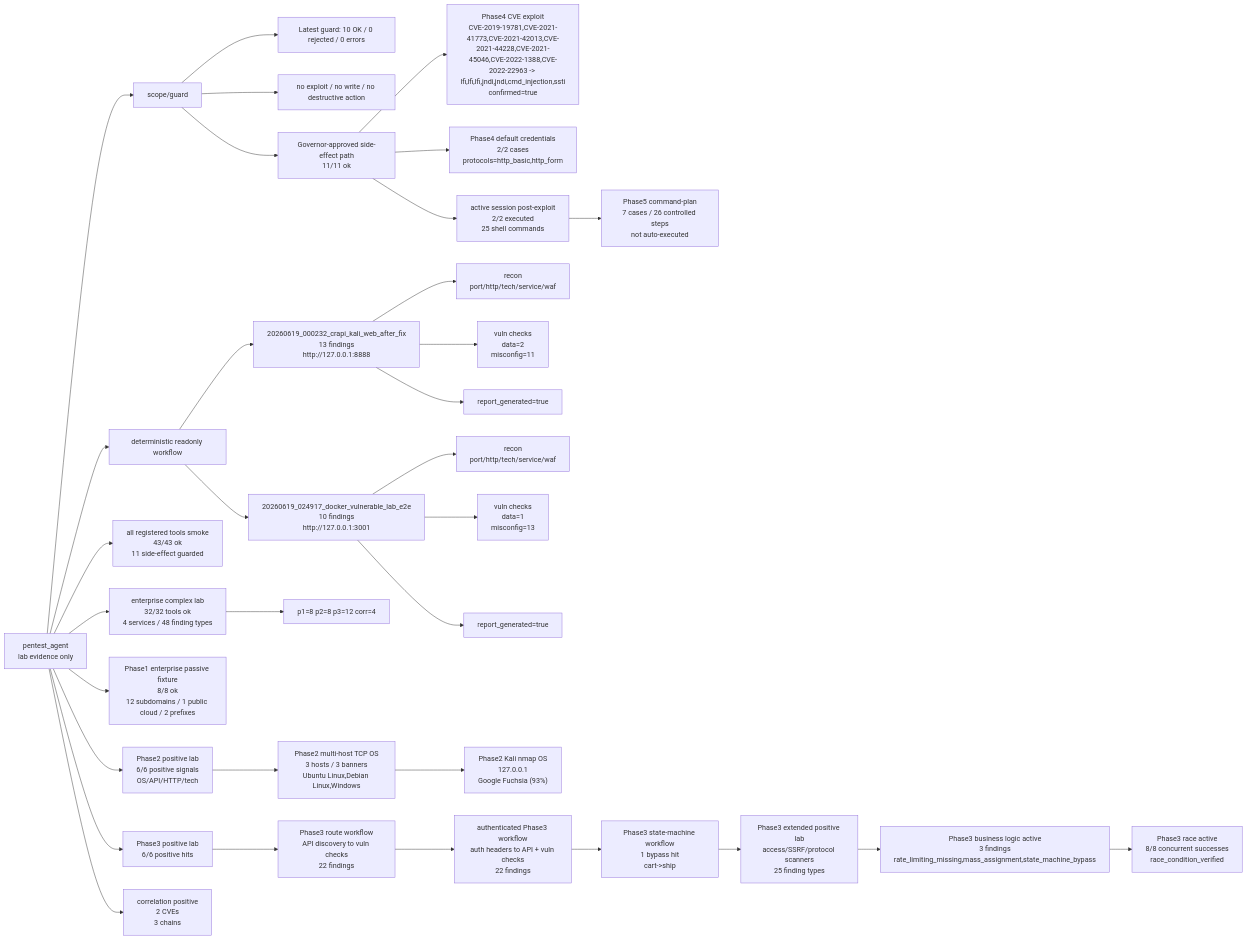
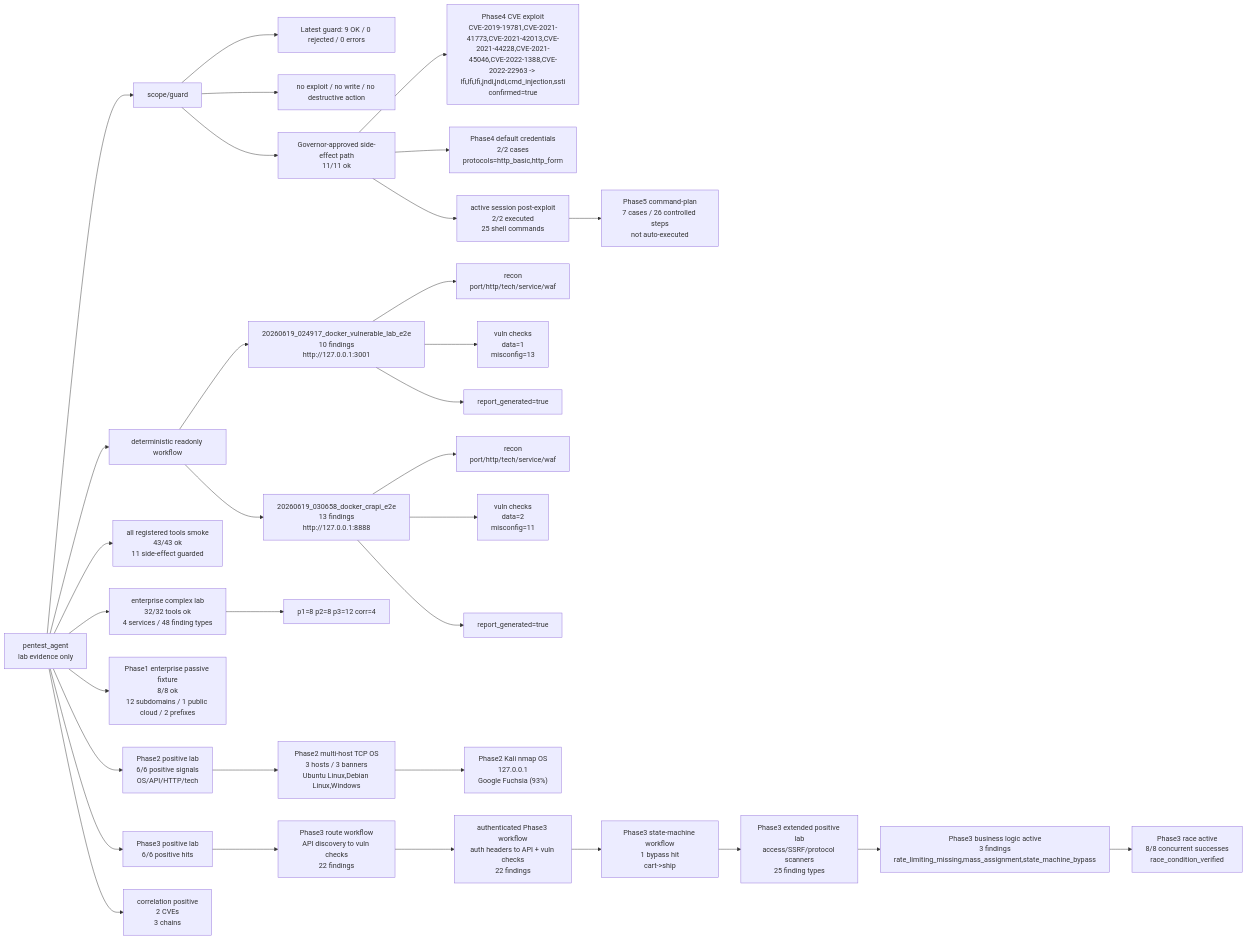
The diagram in docs/45_testing/pentest_agent_capability_map.md (SakuraYoruno/Natsume_Ai), drawn with Mermaid before and after one commit. The commit also changed other lines of this file and 4 other files, not shown here.

Commit message:
feat: require crapi docker e2e evidence

````diff
--- a/docs/45_testing/pentest_agent_capability_map.md
+++ b/docs/45_testing/pentest_agent_capability_map.md
@@ -150,35 +150,35 @@
 ```mermaid
 flowchart LR
   A["pentest_agent\nlab evidence only"] --> G["scope/guard"]
   A --> W["deterministic readonly workflow"]
-  G --> G1["Latest guard: 10 OK / 0 rejected / 0 errors"]
+  G --> G1["Latest guard: 9 OK / 0 rejected / 0 errors"]
   G --> G2["no exploit / no write / no destructive action"]
-  W --> L1["20260619_000232_crapi_kali_web_after_fix\n13 findings\nhttp://127.0.0.1:8888"]
+  W --> L1["20260619_024917_docker_vulnerable_lab_e2e\n10 findings\nhttp://127.0.0.1:3001"]
   L1 --> L1R["recon\nport/http/tech/service/waf"]
-  L1 --> L1V["vuln checks\ndata=2\nmisconfig=11"]
+  L1 --> L1V["vuln checks\ndata=1\nmisconfig=13"]
   L1 --> L1P["report_generated=true"]
-  W --> L2["20260619_024917_docker_vulnerable_lab_e2e\n10 findings\nhttp://127.0.0.1:3001"]
+  W --> L2["20260619_030658_docker_crapi_e2e\n13 findings\nhttp://127.0.0.1:8888"]
   L2 --> L2R["recon\nport/http/tech/service/waf"]
-  L2 --> L2V["vuln checks\ndata=1\nmisconfig=13"]
+  L2 --> L2V["vuln checks\ndata=2\nmisconfig=11"]
   L2 --> L2P["report_generated=true"]
   A --> S["all registered tools smoke\n43/43 ok\n11 side-effect guarded"]
   A --> EC["enterprise complex lab\n32/32 tools ok\n4 services / 48 finding types"]
   EC --> ECP["p1=8 p2=8 p3=12 corr=4"]
   A --> P1["Phase1 enterprise passive fixture\n8/8 ok\n12 subdomains / 1 public cloud / 2 prefixes"]
   A --> P2["Phase2 positive lab\n6/6 positive signals\nOS/API/HTTP/tech"]
   P2 --> P2M["Phase2 multi-host TCP OS\n3 hosts / 3 banners\nUbuntu Linux,Debian Linux,Windows"]
   P2M --> P2K["Phase2 Kali nmap OS\n127.0.0.1\nGoogle Fuchsia (93%)"]
   A --> P["Phase3 positive lab\n6/6 positive hits"]
   P --> R3["Phase3 route workflow\nAPI discovery to vuln checks\n22 findings"]
   R3 --> AR3["authenticated Phase3 workflow\nauth headers to API + vuln checks\n22 findings"]
   AR3 --> SM3["Phase3 state-machine workflow\n1 bypass hit\ncart->ship"]
   SM3 --> XP3["Phase3 extended positive lab\naccess/SSRF/protocol scanners\n25 finding types"]
   XP3 --> BL3["Phase3 business logic active\n3 findings\nrate_limiting_missing,mass_assignment,state_machine_bypass"]
   BL3 --> RC3["Phase3 race active\n8/8 concurrent successes\nrace_condition_verified"]
   G --> E["Governor-approved side-effect path\n11/11 ok"]
   E --> CVE4["Phase4 CVE exploit\nCVE-2019-19781,CVE-2021-41773,CVE-2021-42013,CVE-2021-44228,CVE-2021-45046,CVE-2022-1388,CVE-2022-22963 -> lfi,lfi,lfi,jndi,jndi,cmd_injection,ssti\nconfirmed=true"]
   E --> DC4["Phase4 default credentials\n2/2 cases\nprotocols=http_basic,http_form"]
   A --> C["correlation positive\n2 CVEs\n3 chains"]
   E --> AS["active session post-exploit\n2/2 executed\n25 shell commands"]
   AS --> CP5["Phase5 command-plan\n7 cases / 26 controlled steps\nnot auto-executed"]
 ```
````
